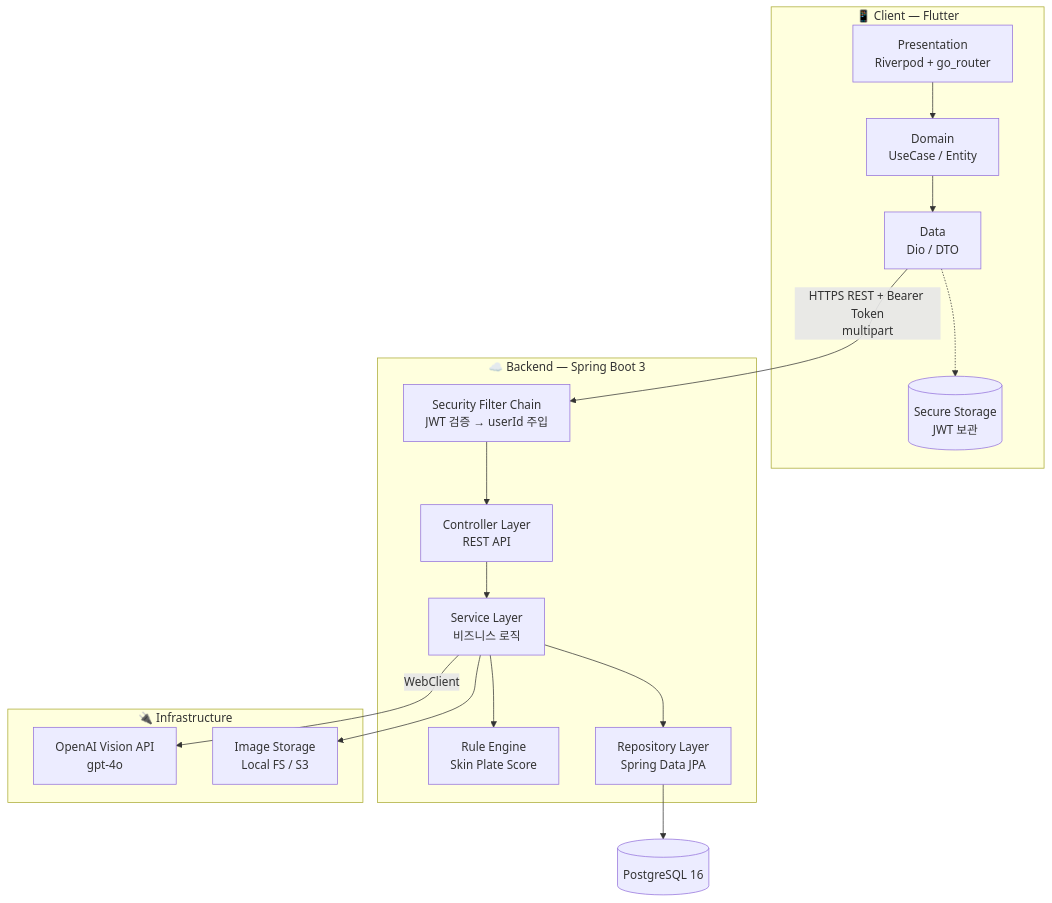
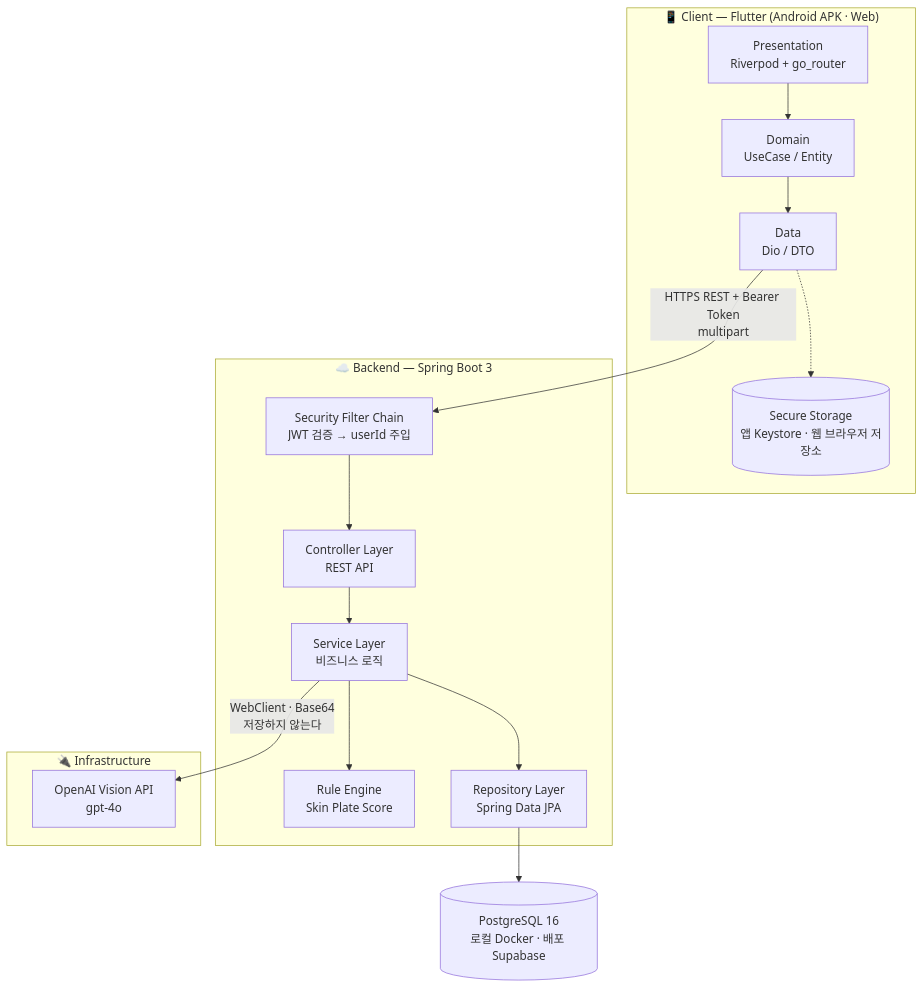
One commit to LikeLion-DU/Skinpick-backend changed the third of 8 diagrams in SkinPlate_PRD.md. Above: the diagram before and after it, drawn with Mermaid. The commit also changed other lines of this file and 1 other file, not shown here.

````diff
--- a/SkinPlate_PRD.md
+++ b/SkinPlate_PRD.md
@@ -513,35 +529,33 @@
 ```mermaid
 flowchart TB
-    subgraph Client["📱 Client — Flutter"]
+    subgraph Client["📱 Client — Flutter (Android APK · Web)"]
         UI[Presentation<br/>Riverpod + go_router]
         DOM[Domain<br/>UseCase / Entity]
         DATA[Data<br/>Dio / DTO]
-        TOKEN[(Secure Storage<br/>JWT 보관)]
+        TOKEN[(Secure Storage<br/>앱 Keystore · 웹 브라우저 저장소)]
         UI --> DOM --> DATA
         DATA -.-> TOKEN
     end
 
     subgraph Server["☁️ Backend — Spring Boot 3"]
         SEC[Security Filter Chain<br/>JWT 검증 → userId 주입]
         CTRL[Controller Layer<br/>REST API]
         SVC[Service Layer<br/>비즈니스 로직]
         ENGINE[Rule Engine<br/>Skin Plate Score]
         REPO[Repository Layer<br/>Spring Data JPA]
         SEC --> CTRL
         CTRL --> SVC
         SVC --> ENGINE
         SVC --> REPO
     end
 
     subgraph Infra["🔌 Infrastructure"]
         OPENAI[OpenAI Vision API<br/>gpt-4o]
-        STORAGE[Image Storage<br/>Local FS / S3]
     end
 
-    DB[(PostgreSQL 16)]
+    DB[(PostgreSQL 16<br/>로컬 Docker · 배포 Supabase)]
 
     DATA -->|"HTTPS REST + Bearer Token<br/>multipart"| SEC
-    SVC -->|WebClient| OPENAI
-    SVC --> STORAGE
+    SVC -->|"WebClient · Base64<br/>저장하지 않는다"| OPENAI
     REPO --> DB
 ```
````
